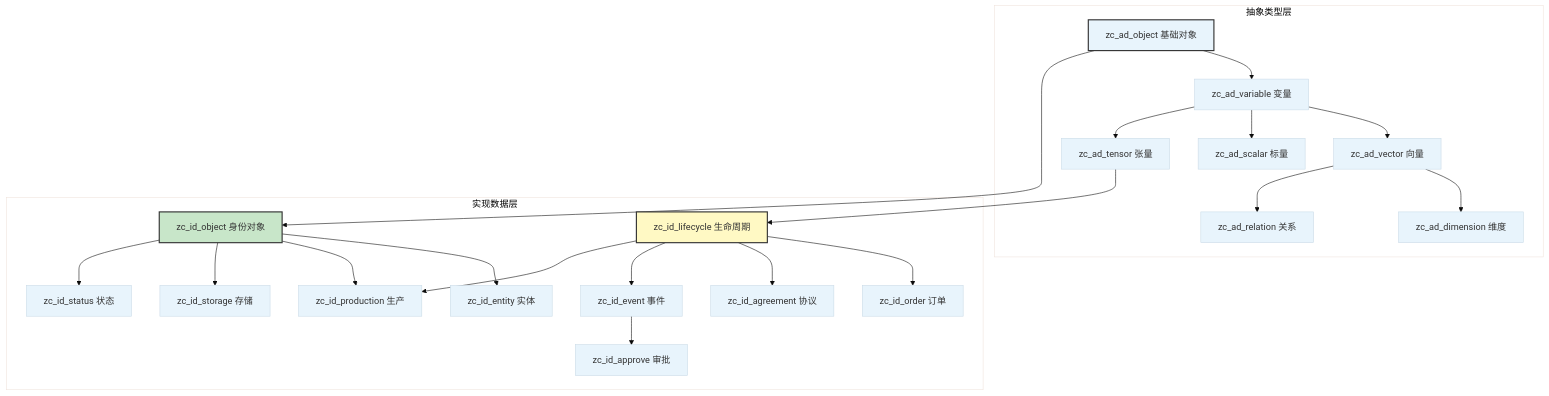
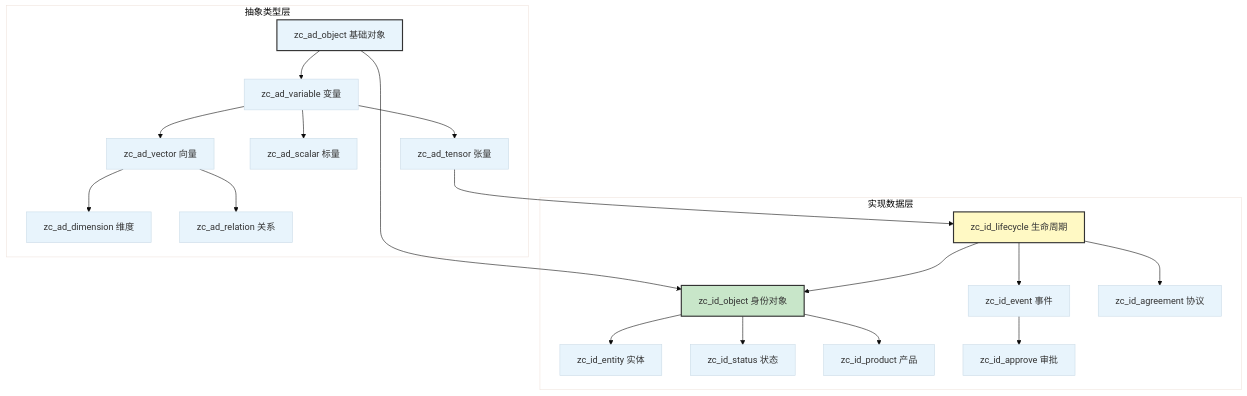
The diagram in README.md (CosmicTools9/Alioth), drawn with Mermaid before and after one commit. The commit also changed other lines of this file, not shown here.

````diff
--- a/README.md
+++ b/README.md
@@ -60,30 +62,28 @@
 ```mermaid
 %%{init: {'theme': 'base', 'themeVariables': { 'primaryColor': '#e8f4fc'}}}%%
 graph TD
     subgraph 抽象类型层
         AD[zc_ad_object 基础对象] --> V[zc_ad_variable 变量]
         V --> Vec[zc_ad_vector 向量]
         V --> Sca[zc_ad_scalar 标量]
         V --> Ten[zc_ad_tensor 张量]
         Vec --> Dim[zc_ad_dimension 维度]
         Vec --> Rel[zc_ad_relation 关系]
     end
 
     subgraph 实现数据层
         AD --> IDO[zc_id_object 身份对象]
+        IDO --> Entity[zc_id_entity 实体]
+        IDO --> Stat[zc_id_status 状态]
+        IDO --> Prod[zc_id_product 产品]
         Ten --> LC[zc_id_lifecycle 生命周期]
-        IDO --> Entity[zc_id_entity 实体]
-        IDO --> Prod[zc_id_product 产品]
-        IDO --> Stor[zc_id_storage 存储]
-        IDO --> Stat[zc_id_status 状态]
-        LC --> Ord[zc_id_order 订单]
+        LC --> IDO
+        LC --> Evt[zc_id_event 事件]
         LC --> Agr[zc_id_agreement 协议]
-        LC --> Evt[zc_id_event 事件]
-        LC --> Prod[zc_id_production 生产]
         Evt --> Apv[zc_id_approve 审批]
     end
 
     style AD fill:#e8f4fc,stroke:#333,stroke-width:2px
     style IDO fill:#c8e6c9,stroke:#333,stroke-width:2px
     style LC fill:#fff9c4,stroke:#333,stroke-width:2px
 ```
````
